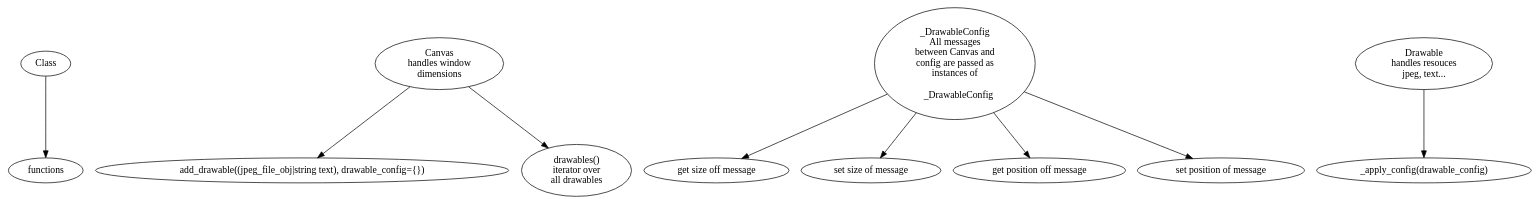
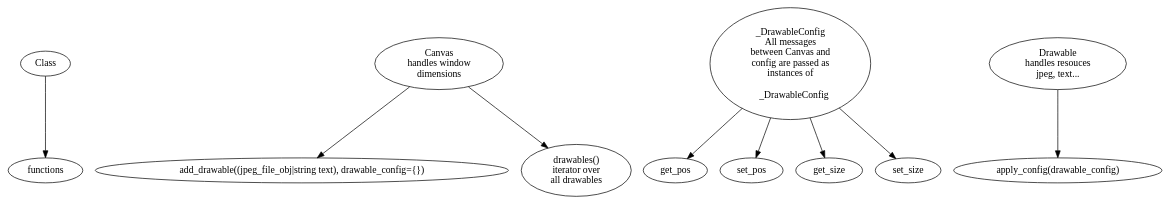
One commit to EltayebAhmed/pyCollage changed the diagram in docs/class_flow_chart.dot. Above: the diagram before and after it, drawn with Graphviz. The commit also changed 17 other files, not shown here.

```diff
--- a/docs/class_flow_chart.dot
+++ b/docs/class_flow_chart.dot
@@ -1,29 +1,25 @@
 digraph {
     Class -> functions
 
     Canvas [label="Canvas\nhandles window\ndimensions"]
     add_drawable [label="add_drawable((jpeg_file_obj|string text), drawable_config={})"]
     drawables [label="drawables()\niterator over\nall drawables"]
 
     Canvas -> add_drawable
     Canvas -> drawables
 
 
     _DrawableConfig [label="_DrawableConfig\nAll messages\nbetween Canvas and\nconfig are passed as\ninstances of\n
     _DrawableConfig"]
-    get_size [label="get size off message"]
-    set_size [label="set size of message"]
-    get_pos [label="get position off message"]
-    set_pos [label="set position of message"]
 
     _DrawableConfig -> get_pos
     _DrawableConfig -> set_pos
     _DrawableConfig -> get_size
     _DrawableConfig -> set_size
 
 
     Drawable [label="Drawable\nhandles resouces\njpeg, text..."]
-    _apply_config [label="_apply_config(drawable_config)"]
+    apply_config [label="apply_config(drawable_config)"]
 
-    Drawable -> _apply_config
+    Drawable -> apply_config
 }
```
